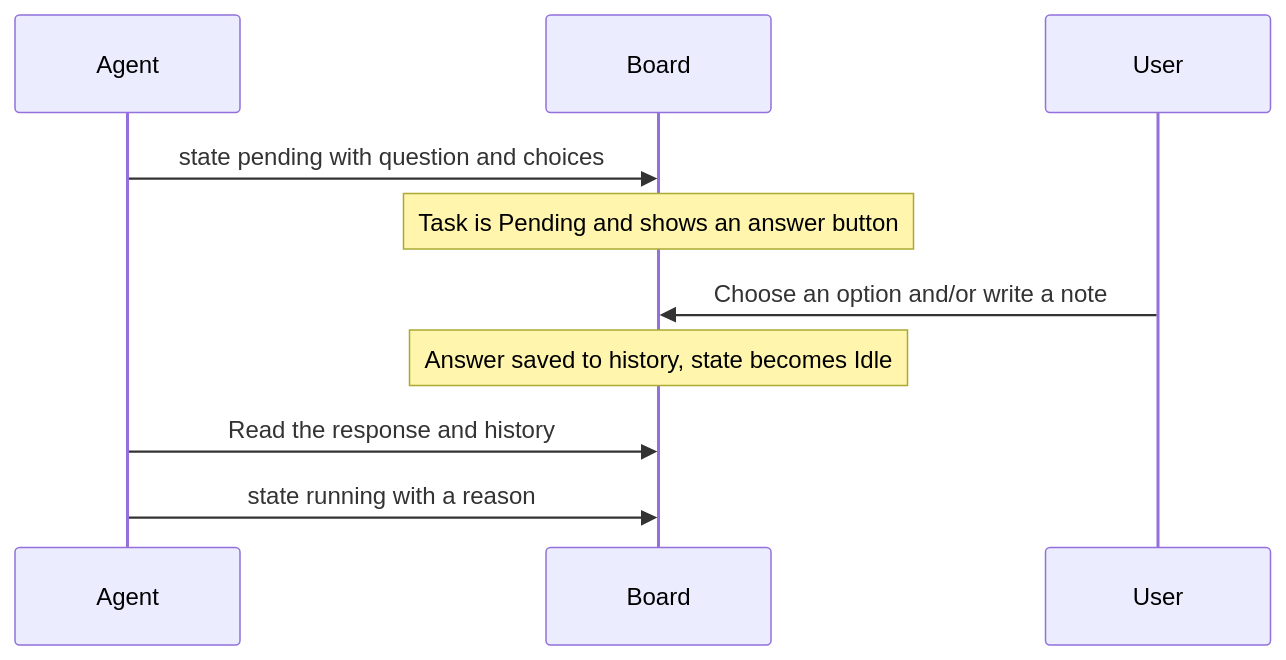
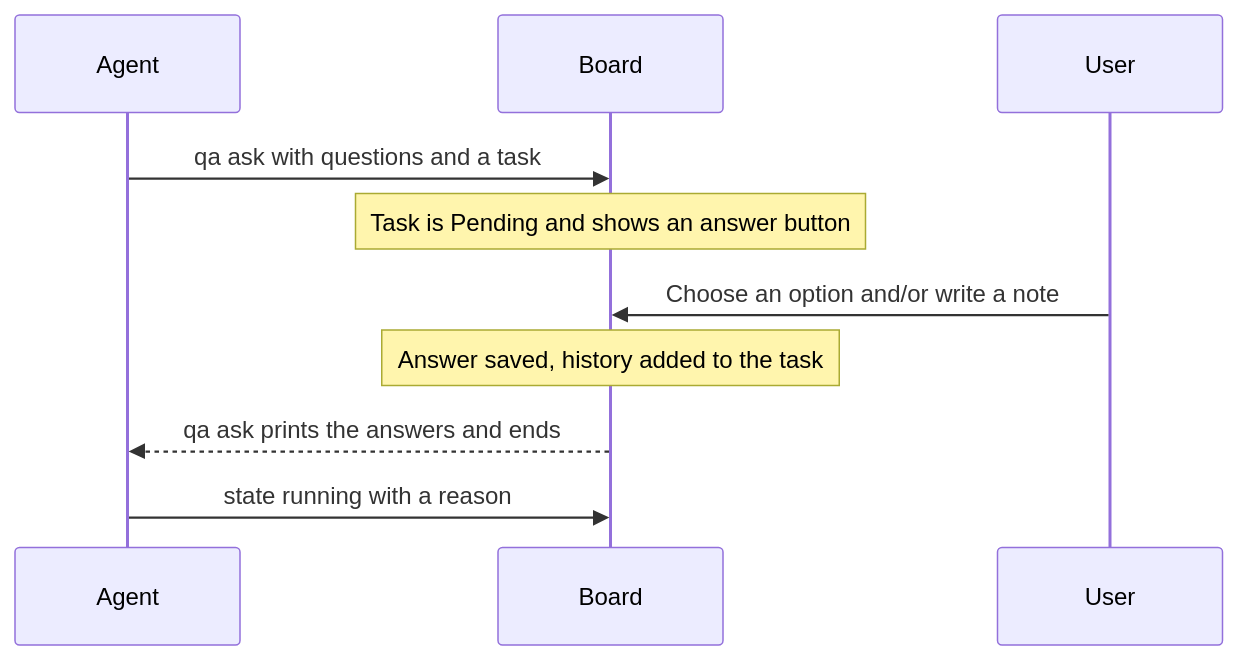
One commit to FooQoo/agent-board changed the diagram in docs/guide/use/decisions.md. Above: the diagram before and after it, drawn with Mermaid. The commit also changed other lines of this file and 47 other files, not shown here.

First line of the commit message:
docs: describe project questions and answers

````diff
--- a/docs/guide/use/decisions.md
+++ b/docs/guide/use/decisions.md
@@ -54,12 +54,12 @@
 ```mermaid
 sequenceDiagram
     participant A as Agent
     participant B as Board
     participant U as User
-    A->>B: state pending with question and choices
+    A->>B: qa ask with questions and a task
     Note over B: Task is Pending and shows an answer button
     U->>B: Choose an option and/or write a note
-    Note over B: Answer saved to history, state becomes Idle
-    A->>B: Read the response and history
+    Note over B: Answer saved, history added to the task
+    B-->>A: qa ask prints the answers and ends
     A->>B: state running with a reason
 ```
````
